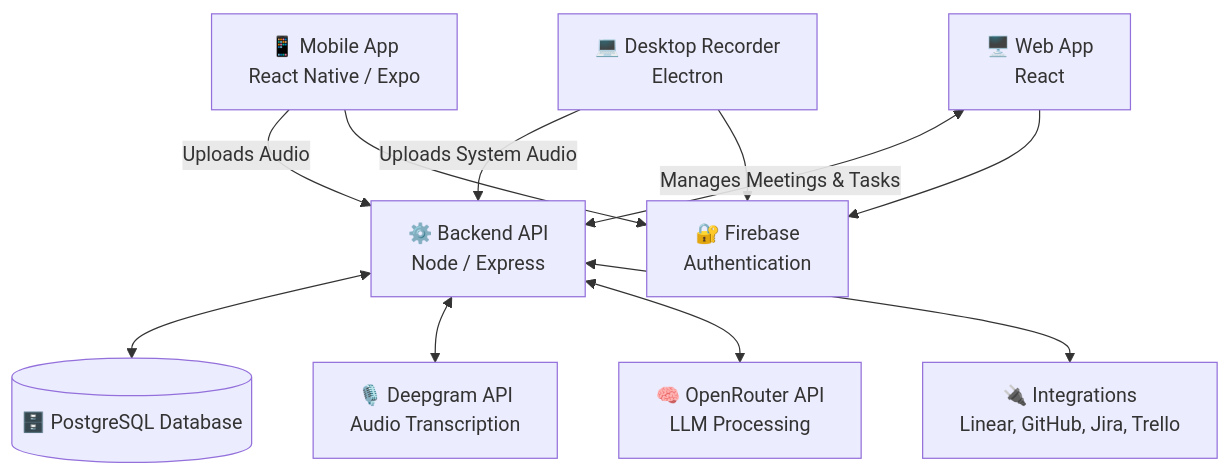
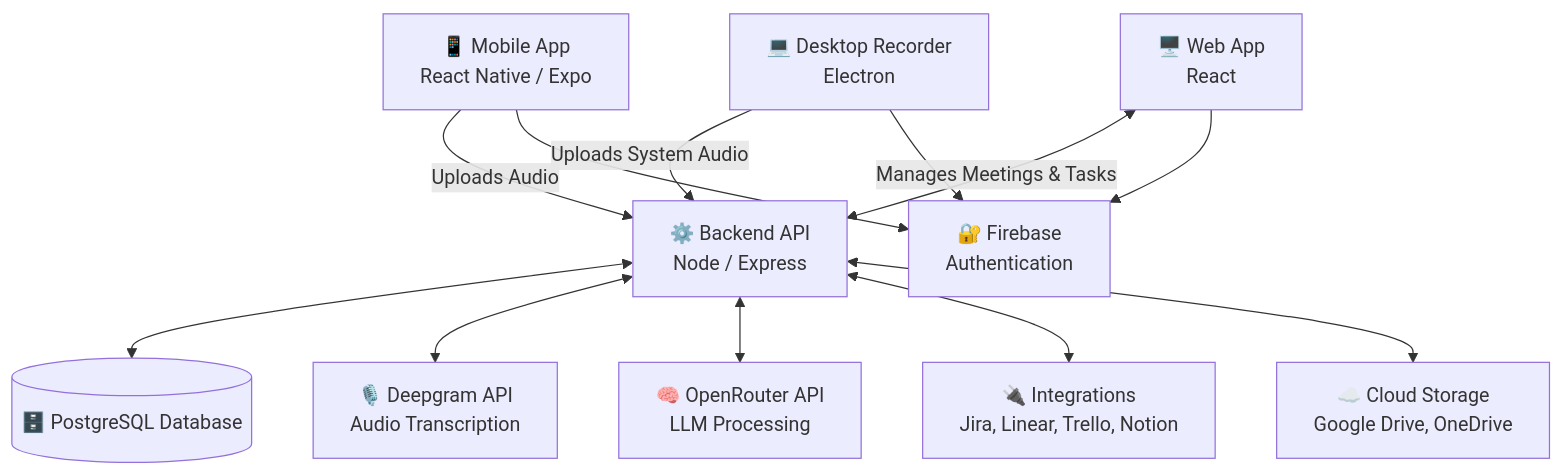
Before and after one commit to blueberrybytes/plan-ai: the first of 3 diagrams in docs/src/getting-started/architecture.md, drawn with Mermaid. The commit also changed 31 other files, not shown here.

Commit message:
feat: refactor Google integration and add Microsoft OneDrive support with new controllers and database migrations

````diff
--- a/docs/src/getting-started/architecture.md
+++ b/docs/src/getting-started/architecture.md
@@ -9,27 +9,29 @@
 ```mermaid
 graph TD
     %% Clients
     Mobile[📱 Mobile App<br>React Native / Expo]
     Desktop[💻 Desktop Recorder<br>Electron]
     Web[🖥️ Web App<br>React]
 
     %% Backend & Integrations
     Backend[⚙️ Backend API<br>Node / Express]
     DB[(🗄️ PostgreSQL Database)]
     AI_Deepgram[🎙️ Deepgram API<br>Audio Transcription]
     AI_OpenRouter[🧠 OpenRouter API<br>LLM Processing]
     Auth[🔐 Firebase<br>Authentication]
-    Ext_Integrations[🔌 Integrations<br>Linear, GitHub, Jira, Trello]
+    Ext_Integrations[🔌 Integrations<br>Jira, Linear, Trello, Notion]
+    Ext_Cloud[☁️ Cloud Storage<br>Google Drive, OneDrive]
 
     %% Flow
     Mobile -->|Uploads Audio| Backend
     Desktop -->|Uploads System Audio| Backend
     Web <-->|Manages Meetings & Tasks| Backend
     Backend <--> DB
     Backend <--> AI_Deepgram
     Backend <--> AI_OpenRouter
     Backend <--> Ext_Integrations
+    Backend <--> Ext_Cloud
     Mobile --> Auth
     Web --> Auth
     Desktop --> Auth
 ```
````
